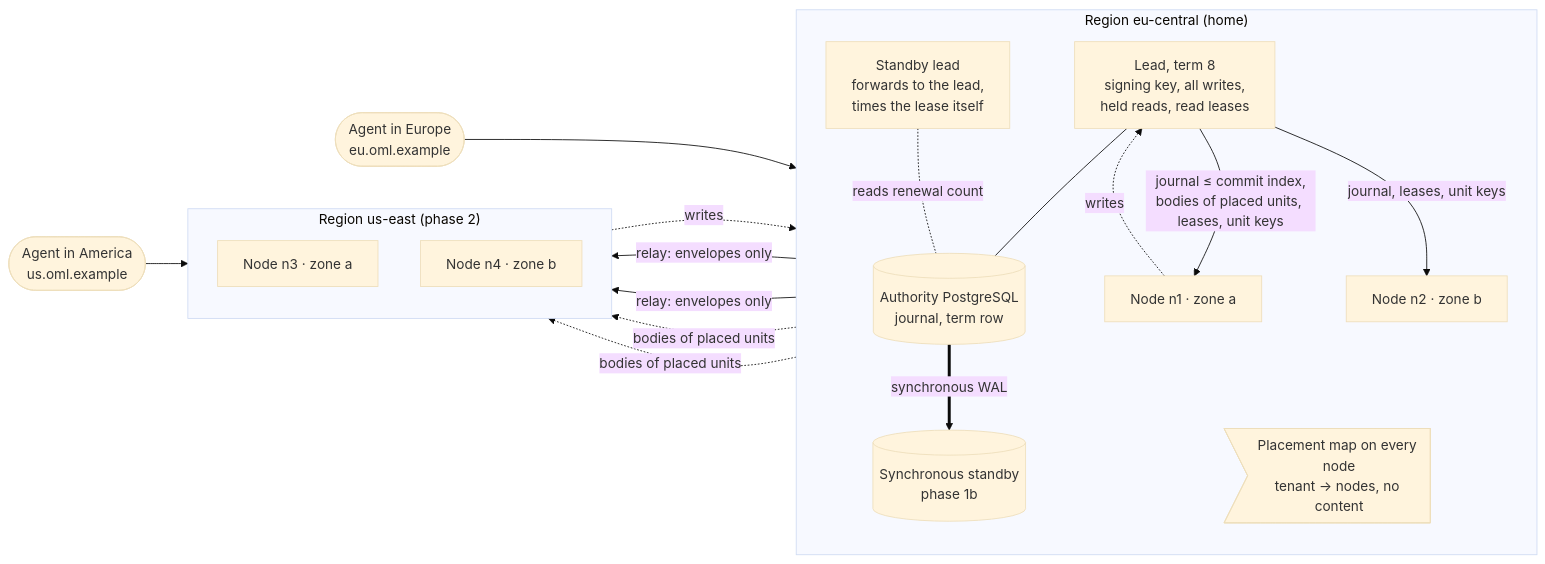
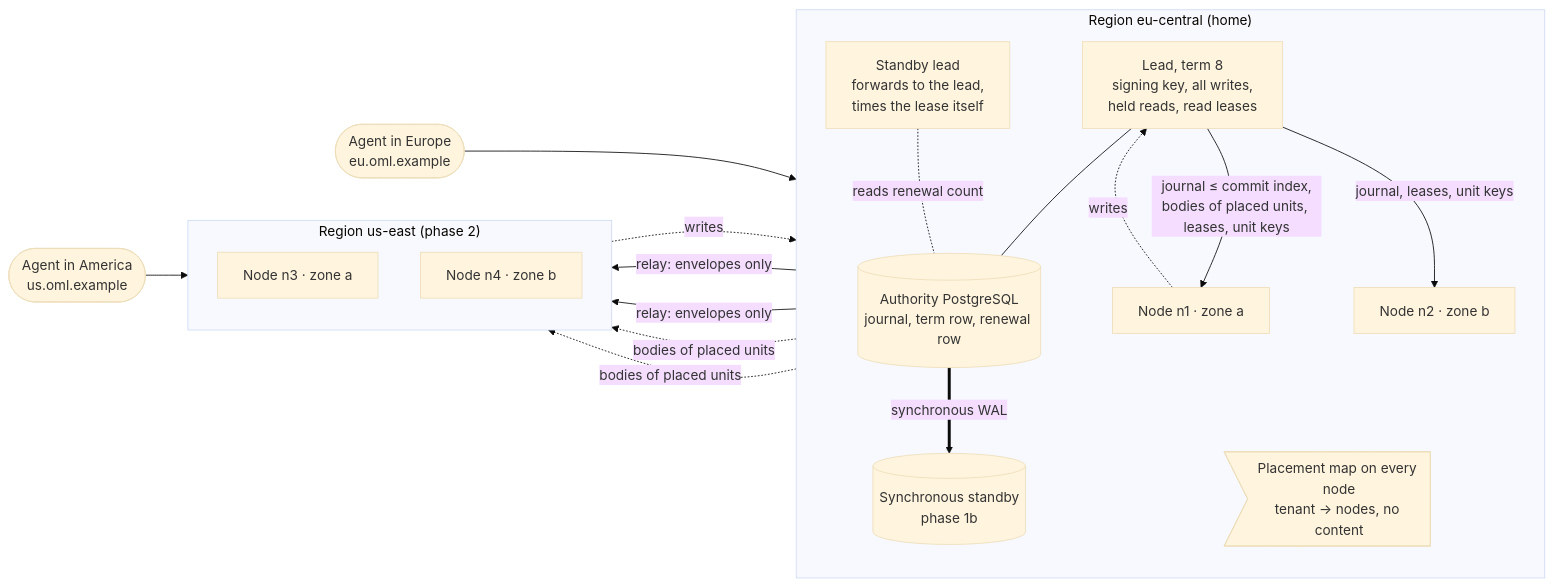
One commit to e8kor/open-memory-lab changed the first of 4 diagrams in docs/adr/ADR-0073-a-leader-signs-every-write-and-nodes-serve-the-workareas-placed-on-them-each-read-routed-to-the-closest-less-busy-replica-fresh-enough-for-it.md. Above: the diagram before and after it, drawn with Mermaid (base theme). The commit also changed other lines of this file, not shown here.

First line of the commit message:
ADR-0073 round 3: a new term per process start, a renewal row apart from the term row, and the send check at every node that sends an answer

````diff
--- a/docs/adr/ADR-0073-a-leader-signs-every-write-and-nodes-serve-the-workareas-placed-on-them-each-read-routed-to-the-closest-less-busy-replica-fresh-enough-for-it.md
+++ b/docs/adr/ADR-0073-a-leader-signs-every-write-and-nodes-serve-the-workareas-placed-on-them-each-read-routed-to-the-closest-less-busy-replica-fresh-enough-for-it.md
@@ -63,31 +82,31 @@
 ```mermaid
 flowchart LR
     subgraph home["Region eu-central (home)"]
         direction TB
         L["Lead, term 8<br/>signing key, all writes,<br/>held reads, read leases"]
         S["Standby lead<br/>forwards to the lead,<br/>times the lease itself"]
-        ADB[("Authority PostgreSQL<br/>journal, term row")]
+        ADB[("Authority PostgreSQL<br/>journal, term row, renewal row")]
         SB[("Synchronous standby<br/>phase 1b")]
         N1["Node n1 · zone a"]
         N2["Node n2 · zone b"]
         L --- ADB
         S -. "reads renewal count" .- ADB
         ADB == "synchronous WAL" ==> SB
         P>"Placement map on every node<br/>tenant → nodes, no content"]
     end
     subgraph west["Region us-east (phase 2)"]
         direction TB
         N3["Node n3 · zone a"]
         N4["Node n4 · zone b"]
     end
     L -- "journal ≤ commit index,<br/>bodies of placed units, leases, unit keys" --> N1
     L -- "journal, leases, unit keys" --> N2
     N2 -- "relay: envelopes only" --> N3
     N2 -- "relay: envelopes only" --> N4
     L -. "bodies of placed units" .-> N3
     L -. "bodies of placed units" .-> N4
     C1(["Agent in Europe<br/>eu.oml.example"]) --> N1
     C2(["Agent in America<br/>us.oml.example"]) --> N3
     N1 -. "writes" .-> L
     N3 -. "writes" .-> L
 ```
````
